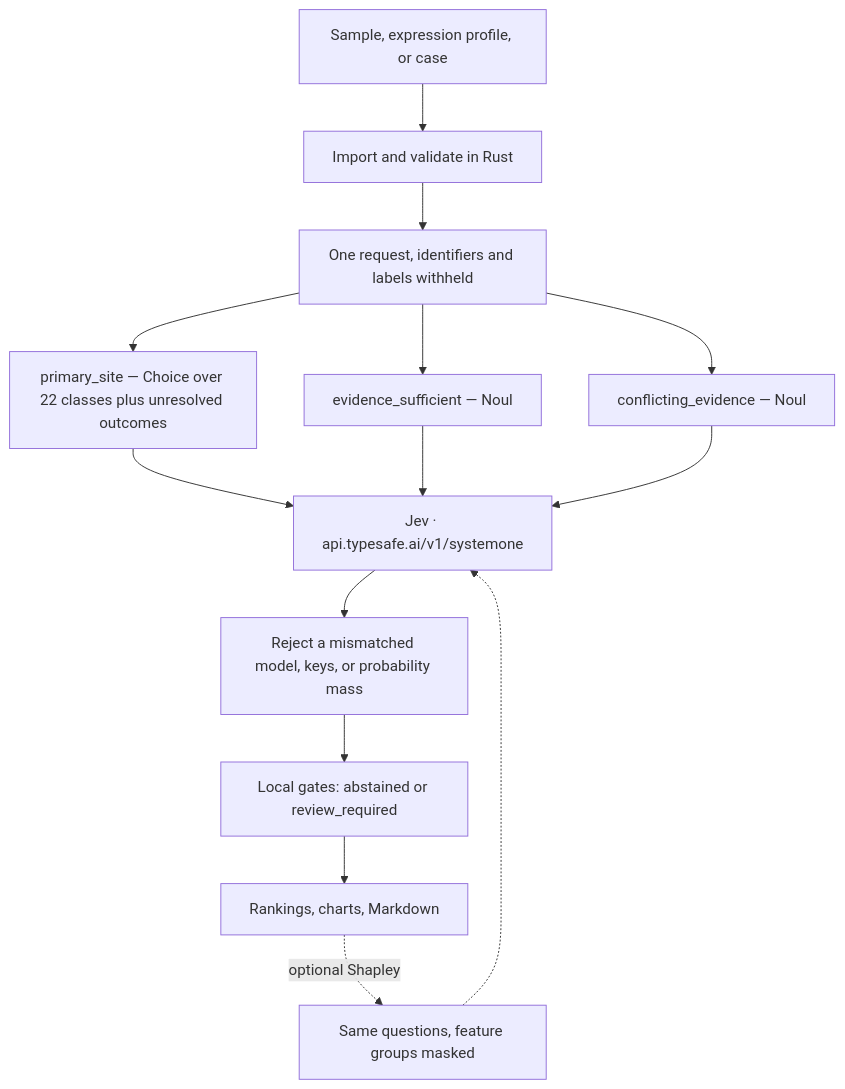
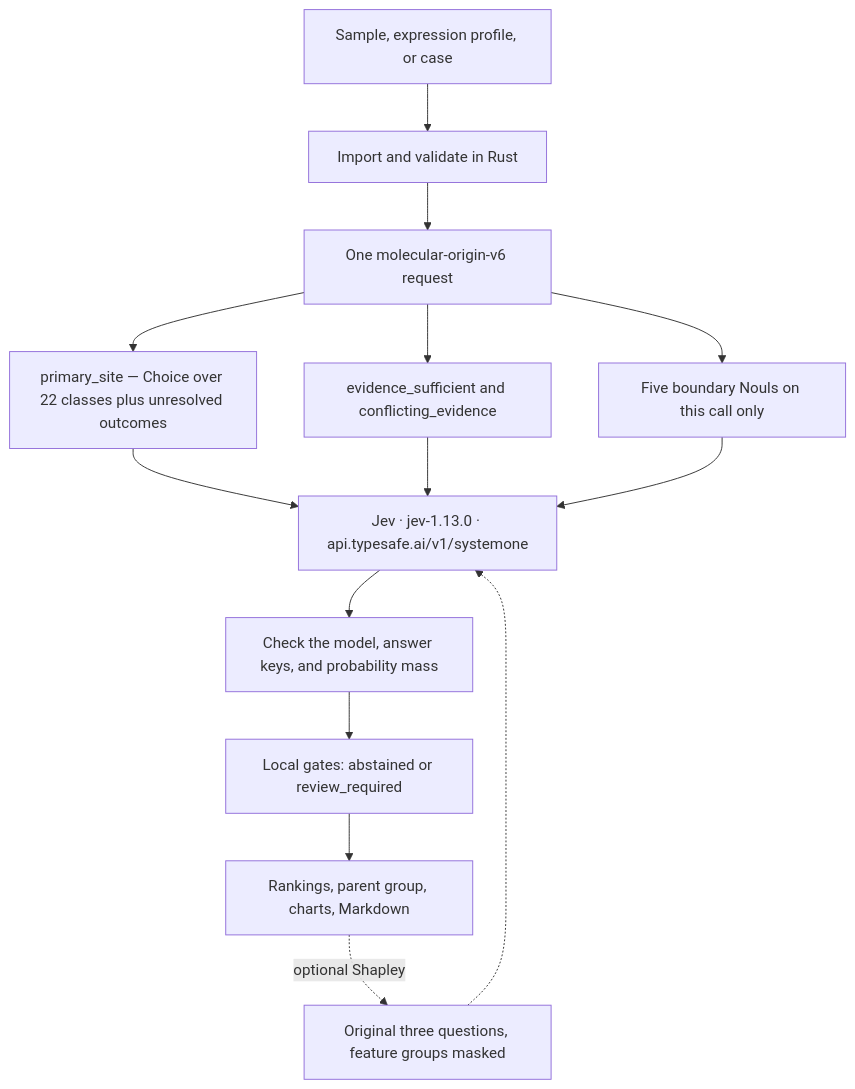
The diagram in README.md (SampleBias/Jev_Onco_Statistical_Hierarchy), drawn with Mermaid before and after one commit. The commit also changed other lines of this file, not shown here.

Commit message:
docs: describe the molecular-origin-v6 Jev request

````diff
--- a/README.md
+++ b/README.md
@@ -7,16 +7,16 @@
 ```mermaid
 flowchart TD
   A[Sample, expression profile, or case] --> B[Import and validate in Rust]
-  B --> C[One request, identifiers and labels withheld]
+  B --> C["One molecular-origin-v6 request"]
   C --> Q1[primary_site — Choice over 22 classes plus unresolved outcomes]
-  C --> Q2[evidence_sufficient — Noul]
-  C --> Q3[conflicting_evidence — Noul]
-  Q1 --> J["Jev · api.typesafe.ai/v1/systemone"]
+  C --> Q2[evidence_sufficient and conflicting_evidence]
+  C --> Q3[Five boundary Nouls on this call only]
+  Q1 --> J["Jev · jev-1.13.0 · api.typesafe.ai/v1/systemone"]
   Q2 --> J
   Q3 --> J
-  J --> V[Reject a mismatched model, keys, or probability mass]
+  J --> V[Check the model, answer keys, and probability mass]
   V --> G[Local gates: abstained or review_required]
-  G --> R[Rankings, charts, Markdown]
-  R -.->|optional Shapley| M[Same questions, feature groups masked]
+  G --> R[Rankings, parent group, charts, Markdown]
+  R -.->|optional Shapley| M[Original three questions, feature groups masked]
   M -.-> J
 ```
````
